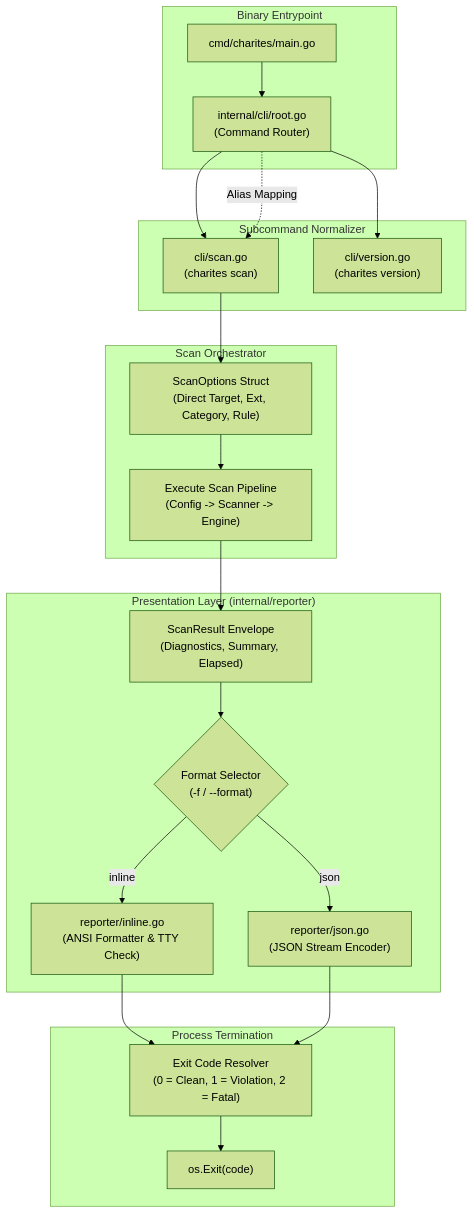
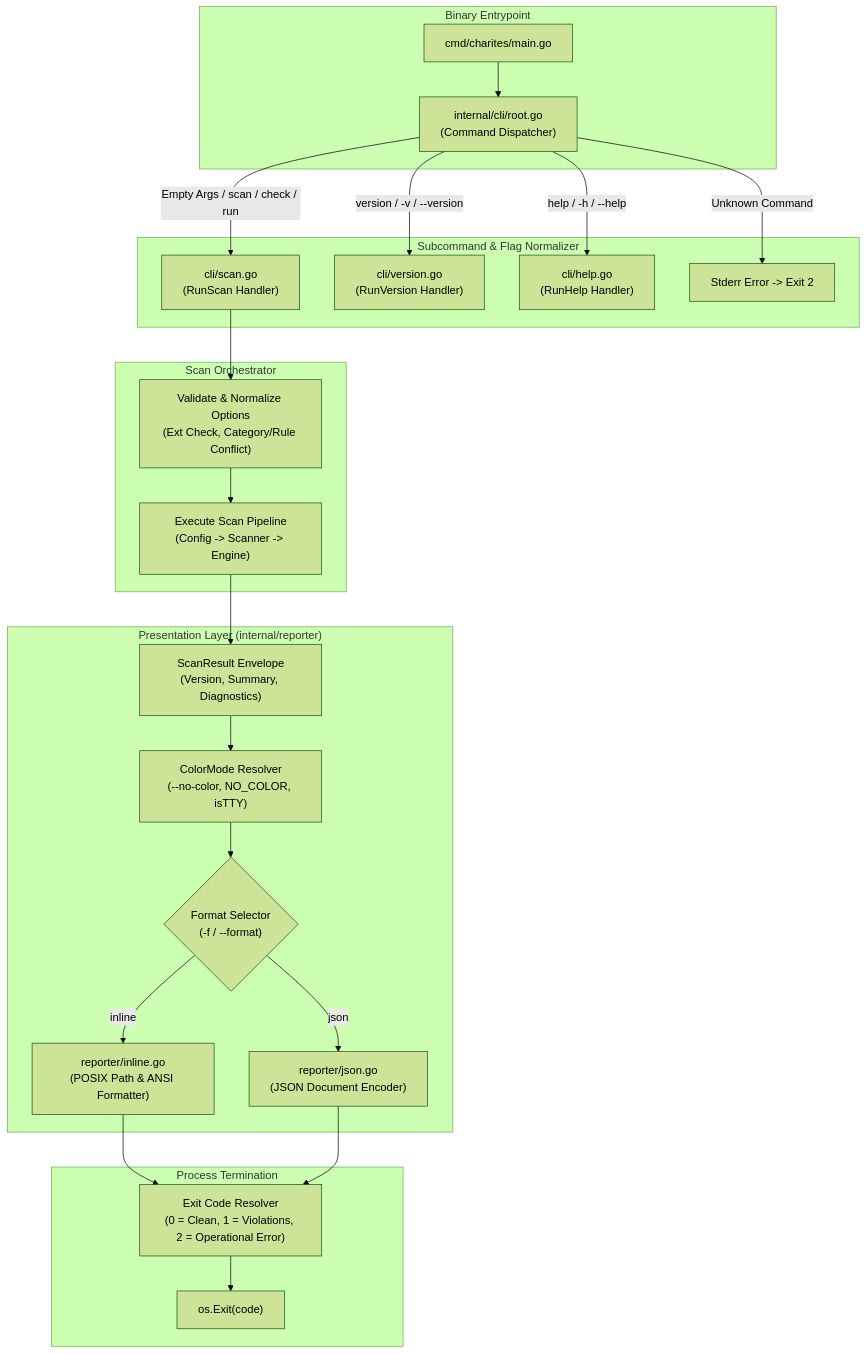
One commit to will2469/charites changed the diagram in docs/02-architecture/05-cli.md. Above: the diagram before and after it, drawn with Mermaid (forest theme). The commit also changed other lines of this file and 5 other files, not shown here.

````diff
--- a/docs/02-architecture/05-cli.md
+++ b/docs/02-architecture/05-cli.md
@@ -14,30 +15,32 @@
 ```mermaid
 flowchart TD
     subgraph Entry ["Binary Entrypoint"]
-        Main["cmd/charites/main.go"] --> Root["internal/cli/root.go\n(Command Router)"]
+        Main["cmd/charites/main.go"] --> Root["internal/cli/root.go\n(Command Dispatcher)"]
     end
 
-    subgraph Dispatcher ["Subcommand Normalizer"]
-        Root --> ScanCmd["cli/scan.go\n(charites scan)"]
-        Root -.->|Alias Mapping| ScanCmd
-        Root --> VersionCmd["cli/version.go\n(charites version)"]
+    subgraph Dispatcher ["Subcommand & Flag Normalizer"]
+        Root -->|Empty Args / scan / check / run| ScanCmd["cli/scan.go\n(RunScan Handler)"]
+        Root -->|version / -v / --version| VersionCmd["cli/version.go\n(RunVersion Handler)"]
+        Root -->|help / -h / --help| HelpCmd["cli/help.go\n(RunHelp Handler)"]
+        Root -->|Unknown Command| ErrorHandler["Stderr Error -> Exit 2"]
     end
 
     subgraph Controller ["Scan Orchestrator"]
-        ScanCmd --> Options["ScanOptions Struct\n(Direct Target, Ext, Category, Rule)"]
-        Options --> Orchestrate["Execute Scan Pipeline\n(Config -> Scanner -> Engine)"]
+        ScanCmd --> Validator["Validate & Normalize Options\n(Ext Check, Category/Rule Conflict)"]
+        Validator --> Orchestrate["Execute Scan Pipeline\n(Config -> Scanner -> Engine)"]
     end
 
     subgraph Presenter ["Presentation Layer (internal/reporter)"]
-        Orchestrate --> Result["ScanResult Envelope\n(Diagnostics, Summary, Elapsed)"]
-        Result --> FormatSwitch{"Format Selector\n(-f / --format)"}
-        FormatSwitch -- "inline" --> Inline["reporter/inline.go\n(ANSI Formatter & TTY Check)"]
-        FormatSwitch -- "json" --> JSON["reporter/json.go\n(JSON Stream Encoder)"]
+        Orchestrate --> Result["ScanResult Envelope\n(Version, Summary, Diagnostics)"]
+        Result --> ColorResolver["ColorMode Resolver\n(--no-color, NO_COLOR, isTTY)"]
+        ColorResolver --> FormatSwitch{"Format Selector\n(-f / --format)"}
+        FormatSwitch -- "inline" --> Inline["reporter/inline.go\n(POSIX Path & ANSI Formatter)"]
+        FormatSwitch -- "json" --> JSON["reporter/json.go\n(JSON Document Encoder)"]
     end
 
     subgraph Exit ["Process Termination"]
-        Inline --> ExitResolver["Exit Code Resolver\n(0 = Clean, 1 = Violation, 2 = Fatal)"]
+        Inline --> ExitResolver["Exit Code Resolver\n(0 = Clean, 1 = Violations, 2 = Operational Error)"]
         JSON --> ExitResolver
         ExitResolver --> OSExit["os.Exit(code)"]
     end
 ```
````
